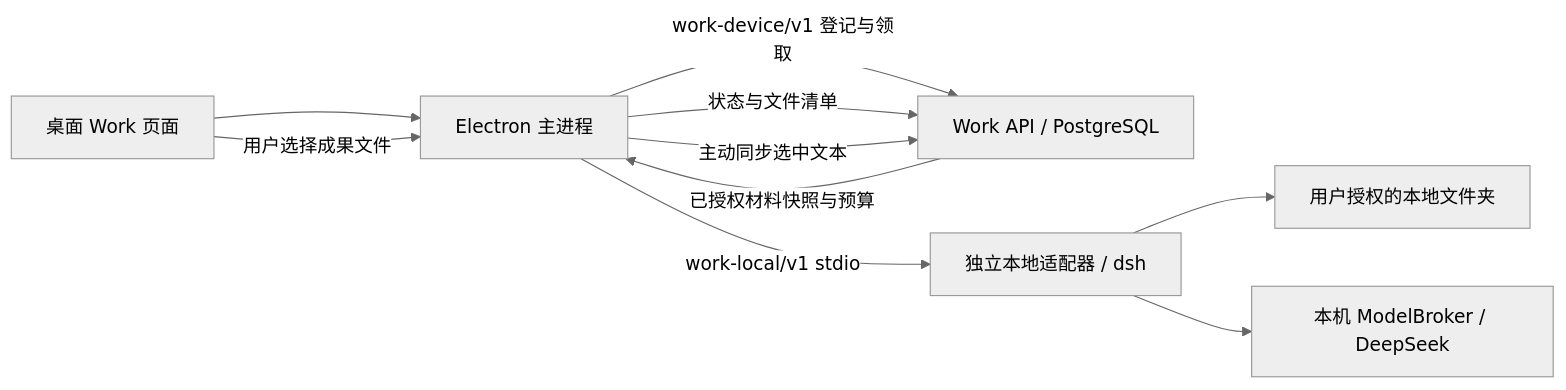
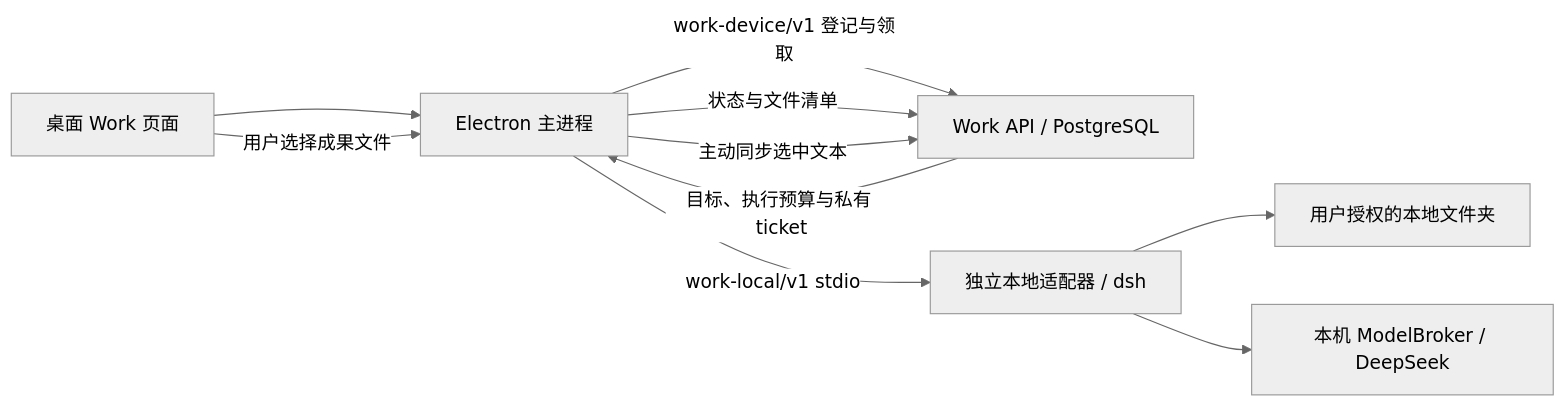
One commit to John-Shao/we-meet changed the diagram in src/work-agent/COORDINATION.md. Above: the diagram before and after it, drawn with Mermaid (neutral theme). The commit also changed other lines of this file and 116 other files, not shown here.

````diff
--- a/src/work-agent/COORDINATION.md
+++ b/src/work-agent/COORDINATION.md
@@ -7,12 +7,12 @@
 ```mermaid
 flowchart LR
   UI[桌面 Work 页面] --> Main[Electron 主进程]
   Main -->|work-device/v1 登记与领取| Work[Work API / PostgreSQL]
-  Work -->|已授权材料快照与预算| Main
+  Work -->|目标、执行预算与私有 ticket| Main
   Main -->|work-local/v1 stdio| Adapter[独立本地适配器 / dsh]
   Adapter --> Folder[用户授权的本地文件夹]
   Adapter --> Model[本机 ModelBroker / DeepSeek]
   Main -->|状态与文件清单| Work
   UI -->|用户选择成果文件| Main
   Main -->|主动同步选中文本| Work
 ```
````
